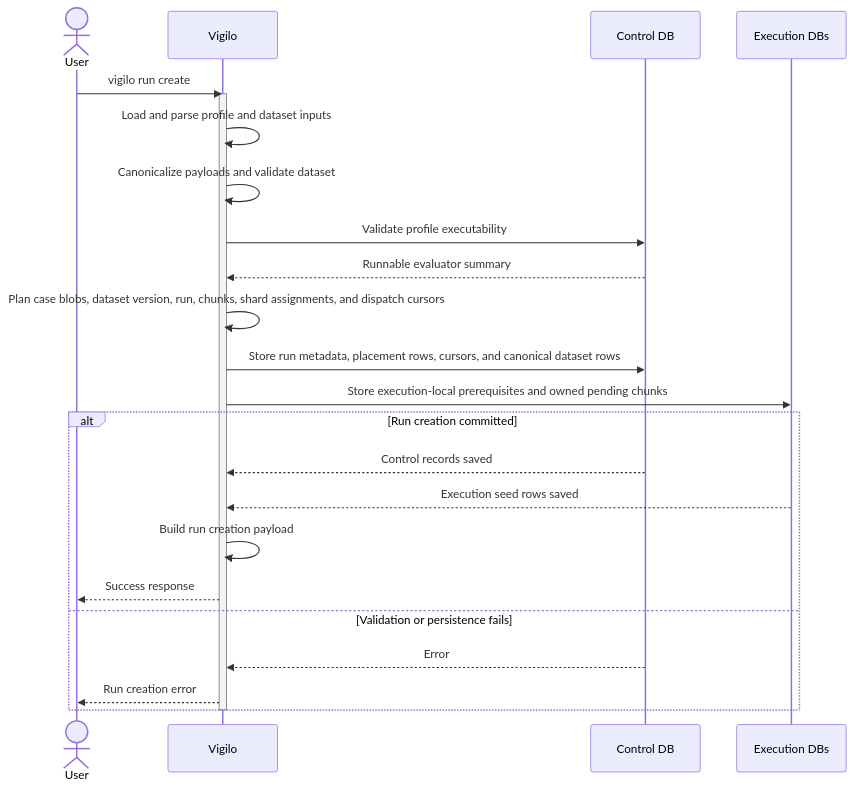
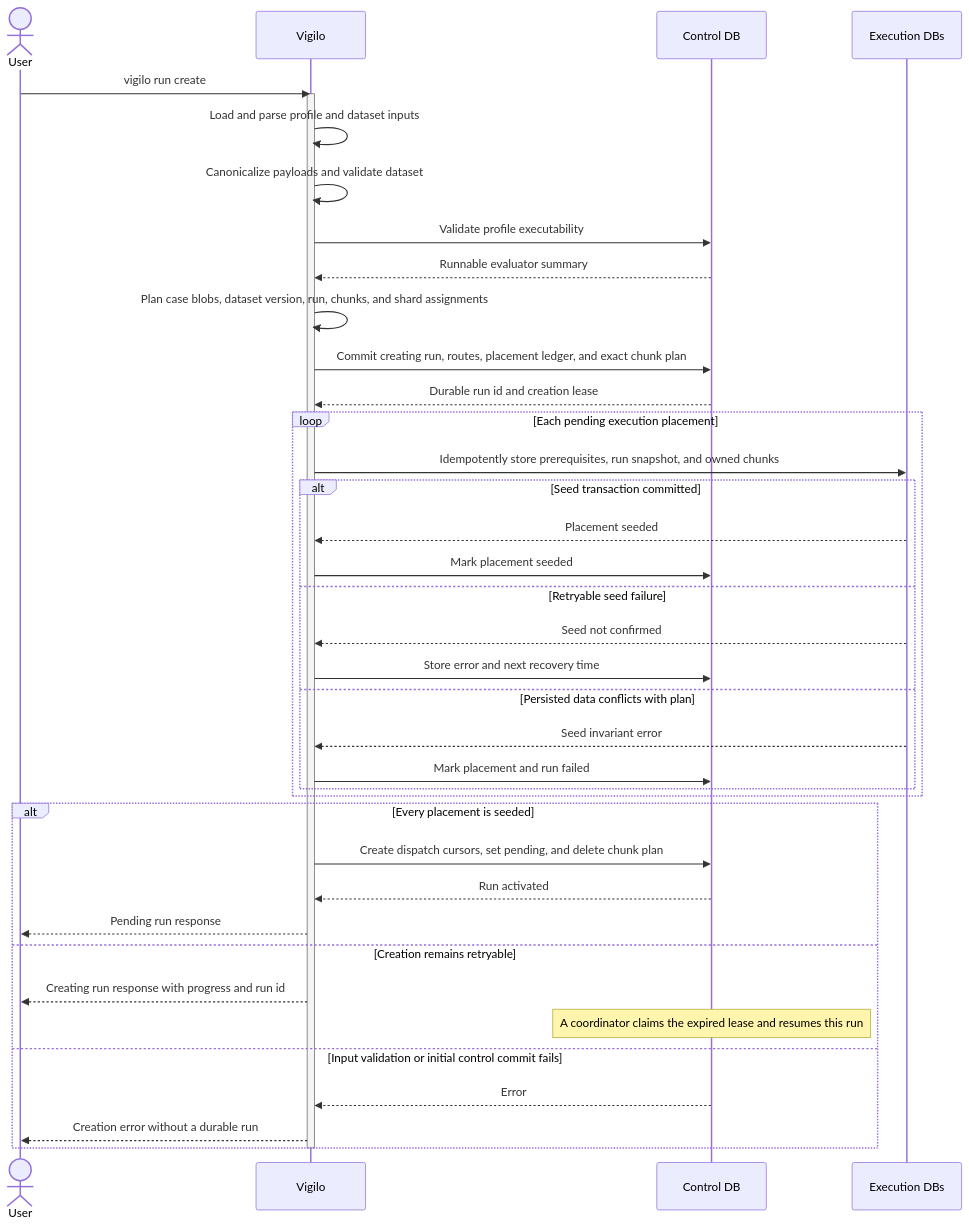
The diagram in web/docs/architecture/flows/run/create/execution-flow.mmd (gregl83/agent-vigilo), drawn with Mermaid before and after one commit. The commit also changed 25 other files, not shown here.

Commit message:
update docs workflows for run creation step

```diff
--- a/web/docs/architecture/flows/run/create/execution-flow.mmd
+++ b/web/docs/architecture/flows/run/create/execution-flow.mmd
@@ -1,37 +1,53 @@
 ---
 config:
   flowchart:
     nodeSpacing: 150
     rankSpacing: 80
   themeVariables:
     edgeLabelBackground: 'transparent'
 ---
 sequenceDiagram
     actor User
     participant Vigilo
     participant ControlDB as Control DB
     participant ExecutionDB as Execution DBs
 
     User->>Vigilo: vigilo run create
     activate Vigilo
 
     Vigilo->>Vigilo: Load and parse profile and dataset inputs
     Vigilo->>Vigilo: Canonicalize payloads and validate dataset
     Vigilo->>ControlDB: Validate profile executability
     ControlDB-->>Vigilo: Runnable evaluator summary
 
-    Vigilo->>Vigilo: Plan case blobs, dataset version, run, chunks, shard assignments, and dispatch cursors
-    Vigilo->>ControlDB: Store run metadata, placement rows, cursors, and canonical dataset rows
-    Vigilo->>ExecutionDB: Store execution-local prerequisites and owned pending chunks
+    Vigilo->>Vigilo: Plan case blobs, dataset version, run, chunks, and shard assignments
+    Vigilo->>ControlDB: Commit creating run, routes, placement ledger, and exact chunk plan
+    ControlDB-->>Vigilo: Durable run id and creation lease
 
-    alt Run creation committed
-        ControlDB-->>Vigilo: Control records saved
-        ExecutionDB-->>Vigilo: Execution seed rows saved
-        Vigilo->>Vigilo: Build run creation payload
-        Vigilo-->>User: Success response
-    else Validation or persistence fails
+    loop Each pending execution placement
+        Vigilo->>ExecutionDB: Idempotently store prerequisites, run snapshot, and owned chunks
+        alt Seed transaction committed
+            ExecutionDB-->>Vigilo: Placement seeded
+            Vigilo->>ControlDB: Mark placement seeded
+        else Retryable seed failure
+            ExecutionDB-->>Vigilo: Seed not confirmed
+            Vigilo->>ControlDB: Store error and next recovery time
+        else Persisted data conflicts with plan
+            ExecutionDB-->>Vigilo: Seed invariant error
+            Vigilo->>ControlDB: Mark placement and run failed
+        end
+    end
+
+    alt Every placement is seeded
+        Vigilo->>ControlDB: Create dispatch cursors, set pending, and delete chunk plan
+        ControlDB-->>Vigilo: Run activated
+        Vigilo-->>User: Pending run response
+    else Creation remains retryable
+        Vigilo-->>User: Creating run response with progress and run id
+        Note over ControlDB: A coordinator claims the expired lease and resumes this run
+    else Input validation or initial control commit fails
         ControlDB-->>Vigilo: Error
-        Vigilo-->>User: Run creation error
+        Vigilo-->>User: Creation error without a durable run
     end
 
     deactivate Vigilo
```
